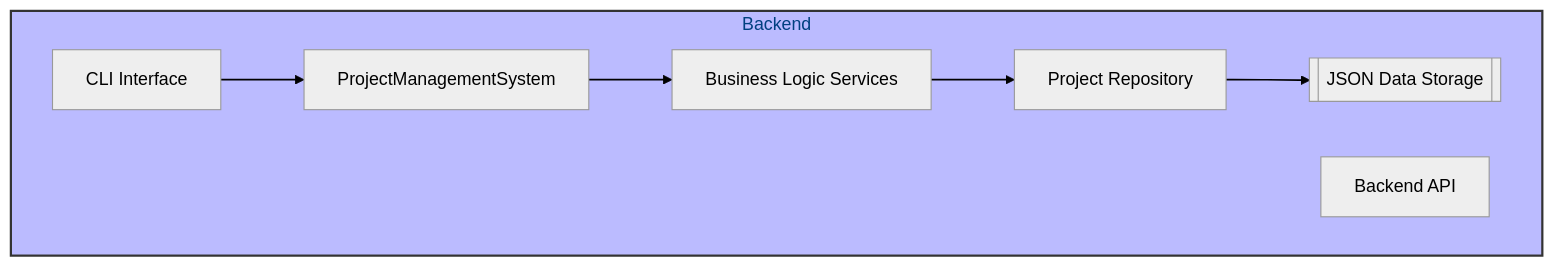
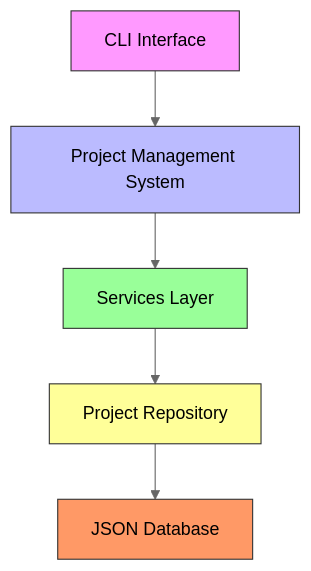
Before and after one commit to Shakour-Data/AutoProjectManagement: the first of 4 diagrams in README.md, drawn with Mermaid (neutral theme). The commit also changed other lines of this file, not shown here.

Commit message:
`Updated README.md with changes to project description, architecture diagrams, and installation instructions`

````diff
--- a/README.md
+++ b/README.md
@@ -21,18 +20,13 @@
 ```mermaid
 graph TD
-    linkStyle default stroke:#000,stroke-width:1.5px
-    subgraph Backend
-        style Backend fill:#bbf,stroke:#333,stroke-width:2px,color:#004080
-        CLI[CLI Interface]
-        API[Backend API]
-        PMS[ProjectManagementSystem]
-        SV_BUS[Business Logic Services]
-        RP_PRJ[Project Repository]
-        DS_JSON[[JSON Data Storage]]
-    end
-
-    CLI --> PMS
-    PMS --> SV_BUS
-    SV_BUS --> RP_PRJ
-    RP_PRJ --> DS_JSON
+    CLI[CLI Interface] --> PMS[Project Management System]
+    PMS --> SVS[Services Layer]
+    SVS --> PRJ[Project Repository]
+    PRJ --> JSON[JSON Database]
+    
+    style CLI fill:#f9f,stroke:#333
+    style PMS fill:#bbf,stroke:#333
+    style SVS fill:#9f9,stroke:#333
+    style PRJ fill:#ff9,stroke:#333
+    style JSON fill:#f96,stroke:#333
 ```
````
